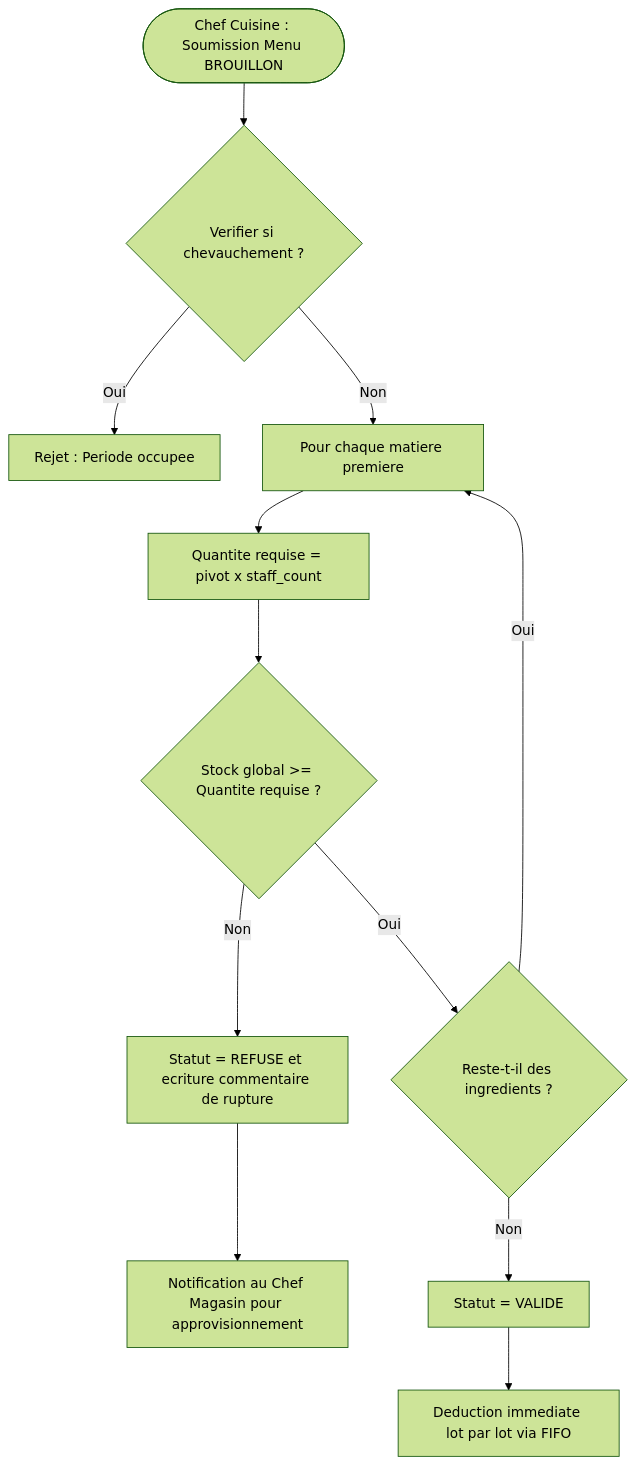
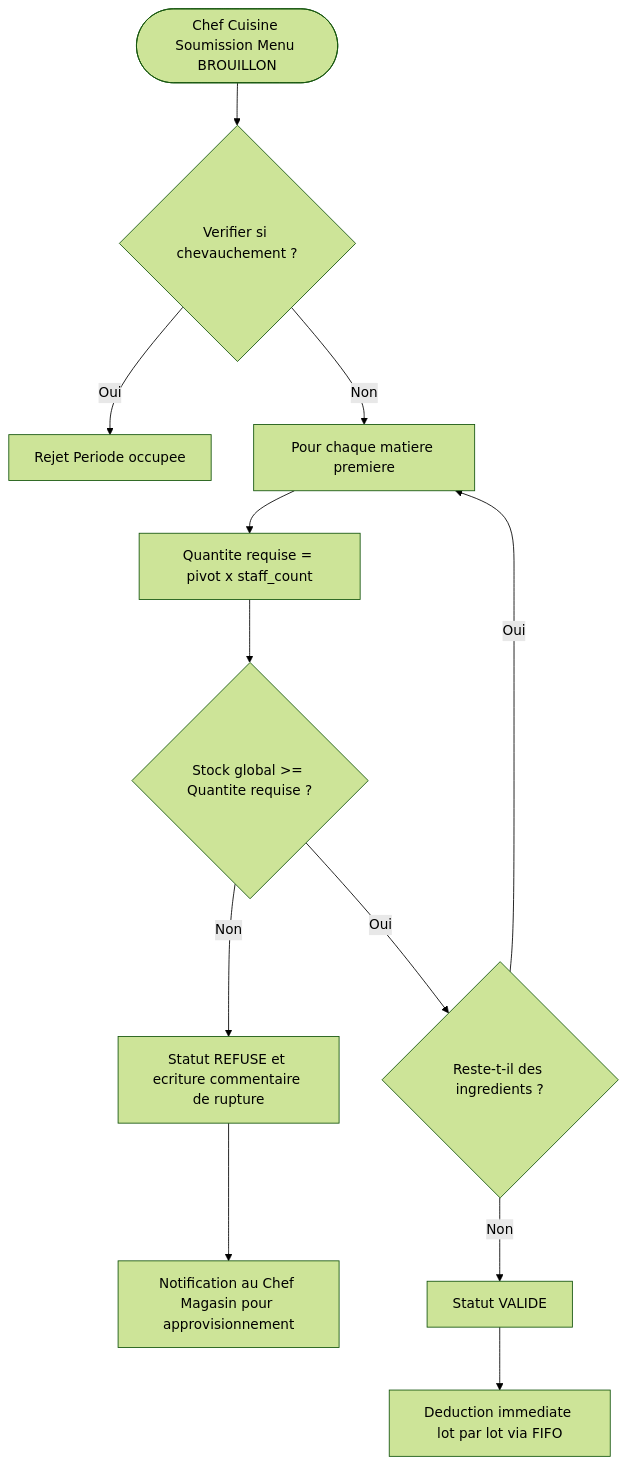
One commit to Xoner1/AeroServe changed the fourth of 6 diagrams in docs/RAPPORT_TECHNIQUE.md. Above: the diagram before and after it, drawn with Mermaid (forest theme). The commit also changed other lines of this file, not shown here.

Commit message:
fix: repair Mermaid diagrams in RAPPORT_TECHNIQUE.md — removed colons and parentheses from node labels that broke GitHub parser

````diff
--- a/docs/RAPPORT_TECHNIQUE.md
+++ b/docs/RAPPORT_TECHNIQUE.md
@@ -418,17 +418,17 @@
 ```mermaid
 flowchart TD
-  Start([Chef Cuisine : Soumission Menu BROUILLON]) --> CheckDate{Verifier si chevauchement ?}
-  CheckDate -->|Oui| ErrOverlap[Rejet : Periode occupee]
+  Start([Chef Cuisine Soumission Menu BROUILLON]) --> CheckDate{Verifier si chevauchement ?}
+  CheckDate -->|Oui| ErrOverlap[Rejet Periode occupee]
   CheckDate -->|Non| LoopIngredients[Pour chaque matiere premiere]
   
   LoopIngredients --> Multiply[Quantite requise = pivot x staff_count]
   Multiply --> CompareStock{Stock global >= Quantite requise ?}
   
-  CompareStock -->|Non| RefuseMenu[Statut = REFUSE et ecriture commentaire de rupture]
+  CompareStock -->|Non| RefuseMenu[Statut REFUSE et ecriture commentaire de rupture]
   RefuseMenu --> NotifyMagasin[Notification au Chef Magasin pour approvisionnement]
   
   CompareStock -->|Oui| CheckNext{Reste-t-il des ingredients ?}
   CheckNext -->|Oui| LoopIngredients
-  CheckNext -->|Non| ApproveMenu[Statut = VALIDE]
+  CheckNext -->|Non| ApproveMenu[Statut VALIDE]
   ApproveMenu --> DeductFIFO[Deduction immediate lot par lot via FIFO]
 ```
````
